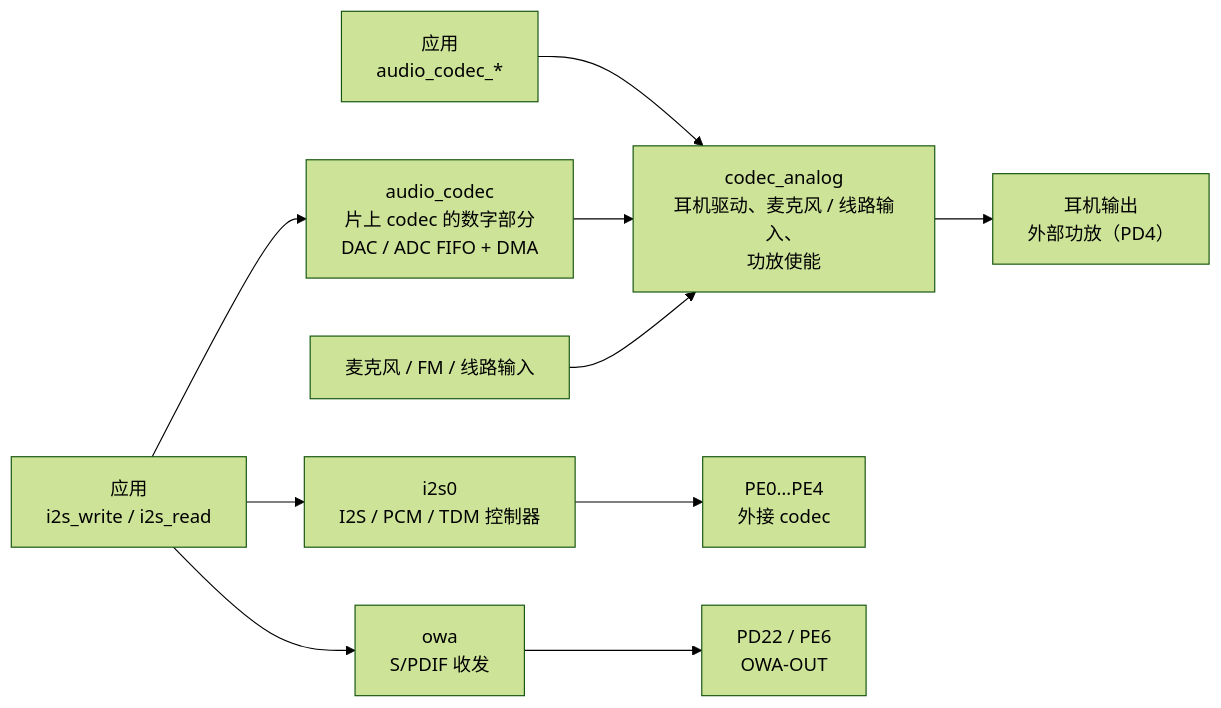
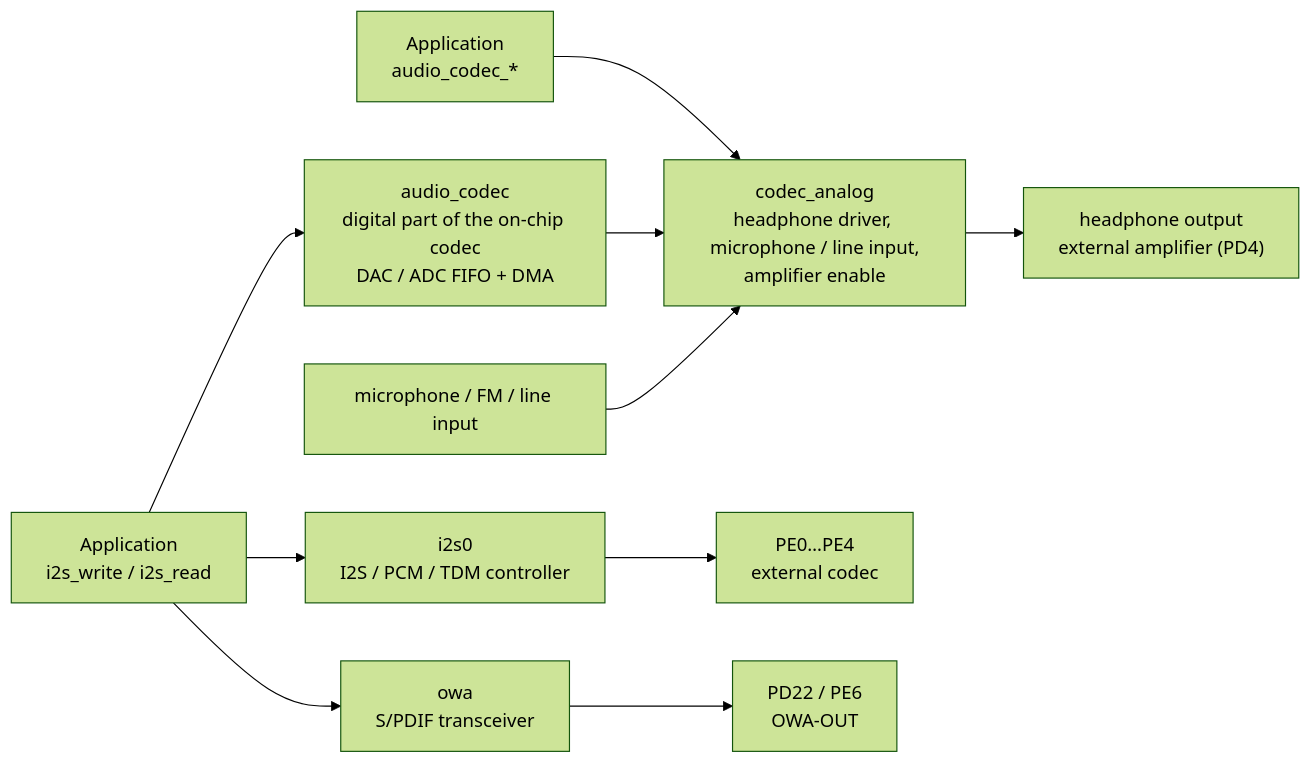
One commit to YuzukiHD/YuzukiNeko changed the diagram in docs/src/content/docs/dev/zephyr/drivers/audio.md. Above: the diagram before and after it, drawn with Mermaid (forest theme). The commit also changed other lines of this file and 216 other files, not shown here.

````diff
--- a/docs/src/content/docs/dev/zephyr/drivers/audio.md
+++ b/docs/src/content/docs/dev/zephyr/drivers/audio.md
@@ -7,12 +7,12 @@
 ```mermaid
 flowchart LR
-    APP["应用<br/>i2s_write / i2s_read"] --> CODEC_I2S["audio_codec<br/>片上 codec 的数字部分<br/>DAC / ADC FIFO + DMA"]
-    APP --> I2S0["i2s0<br/>I2S / PCM / TDM 控制器"]
-    APP --> OWA["owa<br/>S/PDIF 收发"]
-    APP2["应用<br/>audio_codec_*"] --> ANALOG["codec_analog<br/>耳机驱动、麦克风 / 线路输入、<br/>功放使能"]
+    APP["Application<br/>i2s_write / i2s_read"] --> CODEC_I2S["audio_codec<br/>digital part of the on-chip codec<br/>DAC / ADC FIFO + DMA"]
+    APP --> I2S0["i2s0<br/>I2S / PCM / TDM controller"]
+    APP --> OWA["owa<br/>S/PDIF transceiver"]
+    APP2["Application<br/>audio_codec_*"] --> ANALOG["codec_analog<br/>headphone driver, microphone / line input,<br/>amplifier enable"]
     CODEC_I2S --> ANALOG
-    ANALOG --> HP["耳机输出<br/>外部功放（PD4）"]
-    MIC["麦克风 / FM / 线路输入"] --> ANALOG
-    I2S0 --> PIN1["PE0…PE4<br/>外接 codec"]
+    ANALOG --> HP["headphone output<br/>external amplifier (PD4)"]
+    MIC["microphone / FM / line input"] --> ANALOG
+    I2S0 --> PIN1["PE0…PE4<br/>external codec"]
     OWA --> PIN2["PD22 / PE6<br/>OWA-OUT"]
 ```
````
